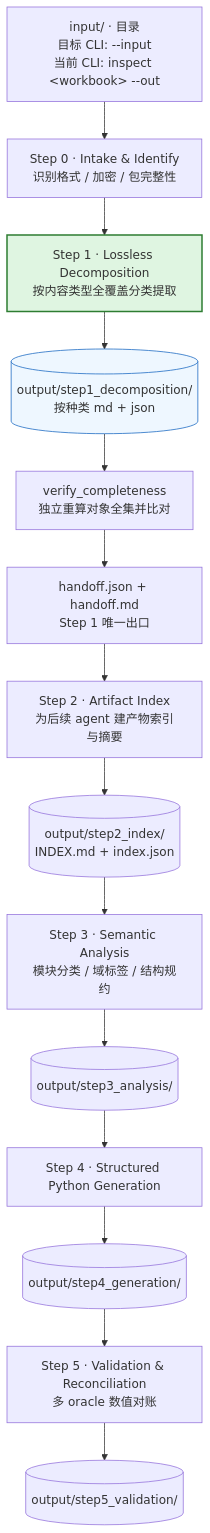
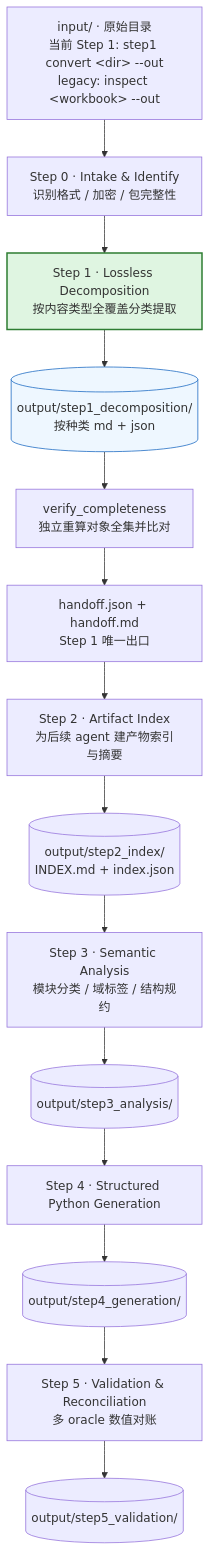
The first of 2 diagrams in README.md (ferryhe/excel_to_act), drawn with Mermaid before and after one commit. The commit also changed other lines of this file and 11 other files, not shown here.

````diff
--- a/README.md
+++ b/README.md
@@ -17,22 +17,22 @@
 ```mermaid
 flowchart TD
-    IN["input/ · 目录<br/>目标 CLI: --input<br/>当前 CLI: inspect &lt;workbook&gt; --out"]
+    IN["input/ · 原始目录<br/>当前 Step 1: step1 convert &lt;dir&gt; --out<br/>legacy: inspect &lt;workbook&gt; --out"]
     S0["Step 0 · Intake &amp; Identify<br/>识别格式 / 加密 / 包完整性"]
     S1["Step 1 · Lossless Decomposition<br/>按内容类型全覆盖分类提取"]
     O1[("output/step1_decomposition/<br/>按种类 md + json")]
     V["verify_completeness<br/>独立重算对象全集并比对"]
     H["handoff.json + handoff.md<br/>Step 1 唯一出口"]
     S2["Step 2 · Artifact Index<br/>为后续 agent 建产物索引与摘要"]
     O2[("output/step2_index/<br/>INDEX.md + index.json")]
     S3["Step 3 · Semantic Analysis<br/>模块分类 / 域标签 / 结构规约"]
     O3[("output/step3_analysis/")]
     S4["Step 4 · Structured Python Generation"]
     O4[("output/step4_generation/")]
     S5["Step 5 · Validation &amp; Reconciliation<br/>多 oracle 数值对账"]
     O5[("output/step5_validation/")]
 
     IN --> S0 --> S1 --> O1 --> V --> H --> S2 --> O2 --> S3 --> O3 --> S4 --> O4 --> S5 --> O5
 
     style S1 fill:#dff5e1,stroke:#2e7d32,stroke-width:2px
     style O1 fill:#eef7ff,stroke:#1565c0
 ```
````
